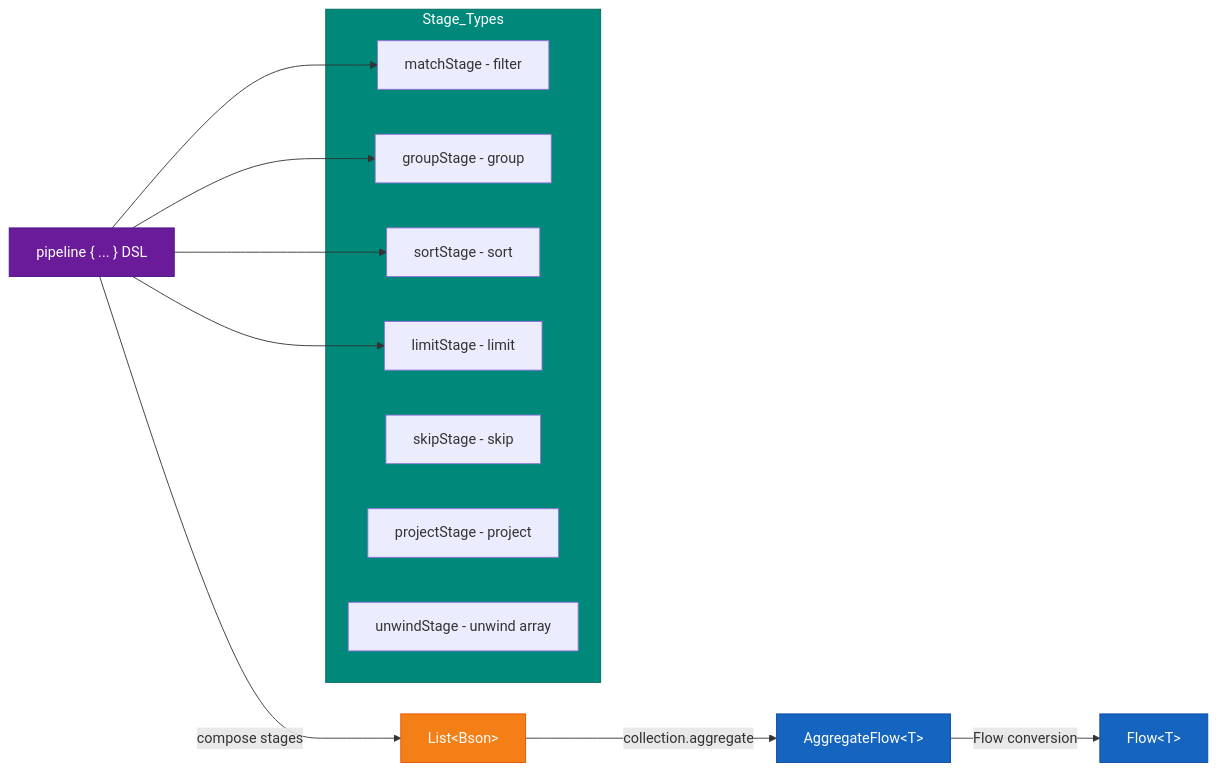
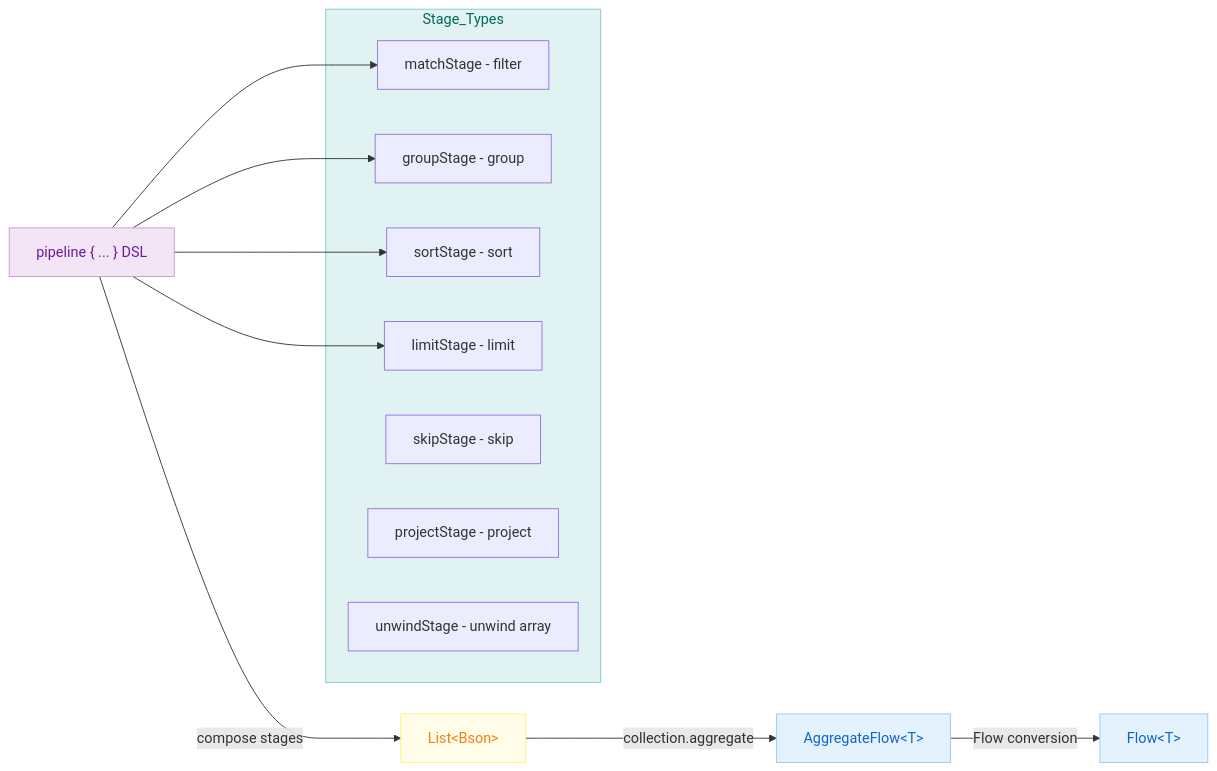
The third of 3 diagrams in data/mongodb/README.md (bluetape4k/bluetape4k-projects), drawn with Mermaid before and after one commit. The commit also changed other lines of this file and 219 other files, not shown here.

First line of the commit message:
docs: 전체 README Mermaid 다이어그램 가이드 적용

````diff
--- a/data/mongodb/README.md
+++ b/data/mongodb/README.md
@@ -263,32 +263,32 @@
 ```mermaid
 flowchart LR
     A["pipeline { ... } DSL"] -->|compose stages| B["List&lt;Bson&gt;"]
     B -->|collection.aggregate| C["AggregateFlow&lt;T&gt;"]
     C -->|Flow conversion| D["Flow&lt;T&gt;"]
 
     subgraph Stage_Types
         E[matchStage - filter]
         F[groupStage - group]
         G[sortStage - sort]
         H[limitStage - limit]
         I[skipStage - skip]
         J[projectStage - project]
         K[unwindStage - unwind array]
     end
 
     A --> E
     A --> F
     A --> G
     A --> H
 
-    classDef dslStyle fill:#6A1B9A,stroke:#4A148C,color:#FFFFFF
-    classDef bsonStyle fill:#F57F17,stroke:#E65100,color:#FFFFFF
-    classDef flowStyle fill:#1565C0,stroke:#0D47A1,color:#FFFFFF
-    classDef stageStyle fill:#00897B,stroke:#00695C,color:#FFFFFF
+    classDef dslStyle fill:#F3E5F5,stroke:#CE93D8,color:#6A1B9A
+    classDef bsonStyle fill:#FFFDE7,stroke:#FFF176,color:#F57F17
+    classDef flowStyle fill:#E3F2FD,stroke:#90CAF9,color:#1565C0
+    classDef stageStyle fill:#E0F2F1,stroke:#80CBC4,color:#00695C
 
     class A dslStyle
     class B bsonStyle
     class C flowStyle
     class D flowStyle
     class Stage_Types stageStyle
 ```
````
